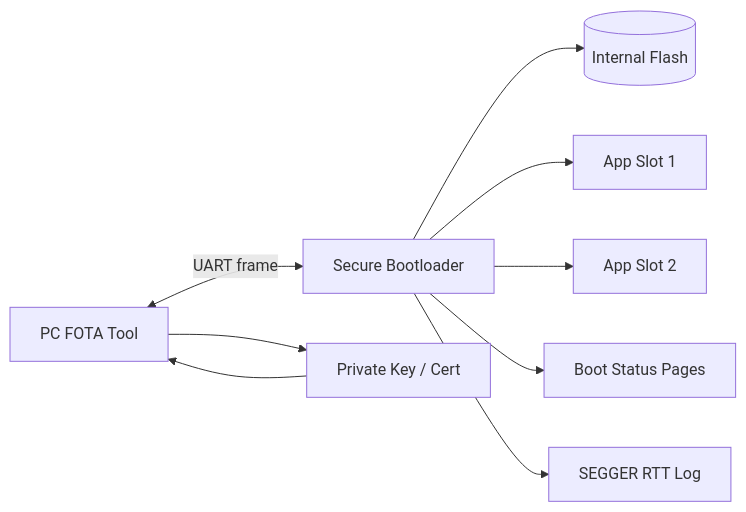
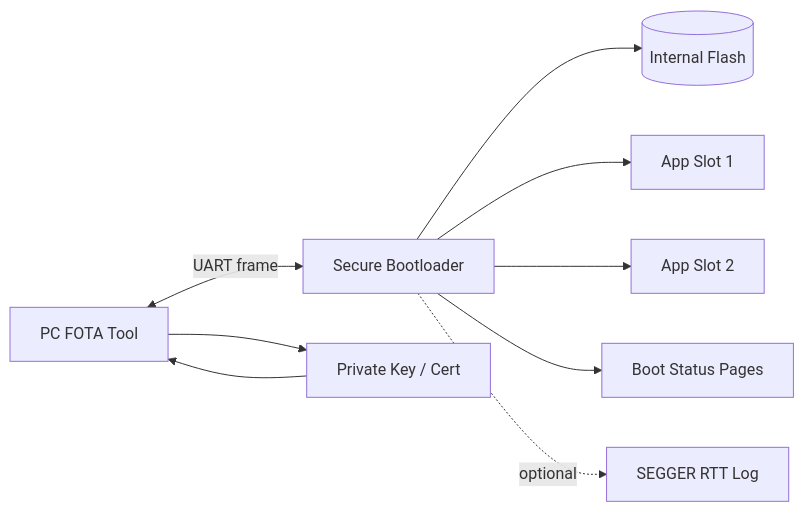
One commit to tiem-alpha/secure_bootloader changed the first of 7 diagrams in README.md. Above: the diagram before and after it, drawn with Mermaid. The commit also changed other lines of this file and 21 other files, not shown here.

````diff
--- a/README.md
+++ b/README.md
@@ -129,12 +128,12 @@
 ```mermaid
 flowchart LR
     PC[PC FOTA Tool] <-- UART frame --> BL[Secure Bootloader]
     BL --> FLASH[(Internal Flash)]
     BL --> APP1[App Slot 1]
     BL --> APP2[App Slot 2]
     BL --> DATA[Boot Status Pages]
-    BL --> LOG[SEGGER RTT Log]
+    BL -. optional .-> LOG[SEGGER RTT Log]
 
     PC --> KEY[Private Key / Cert]
     KEY --> PC
 ```
````
